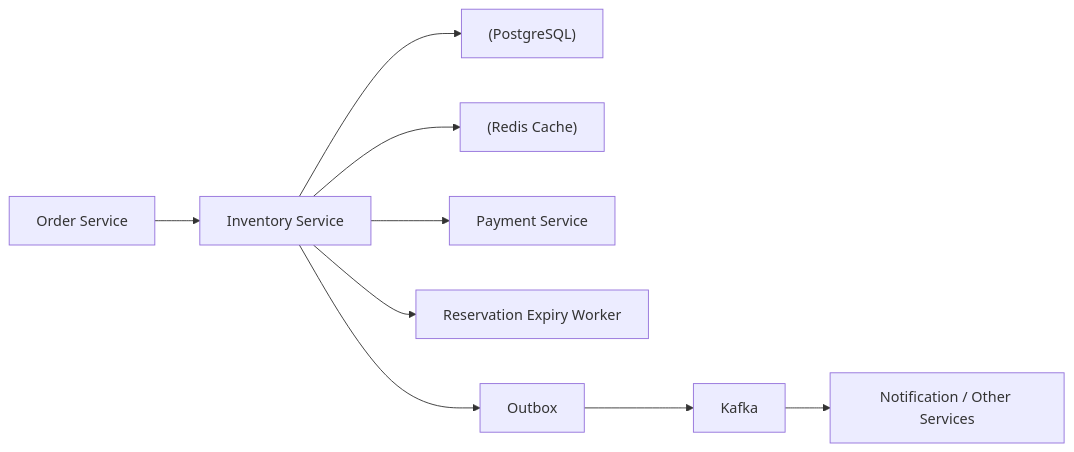
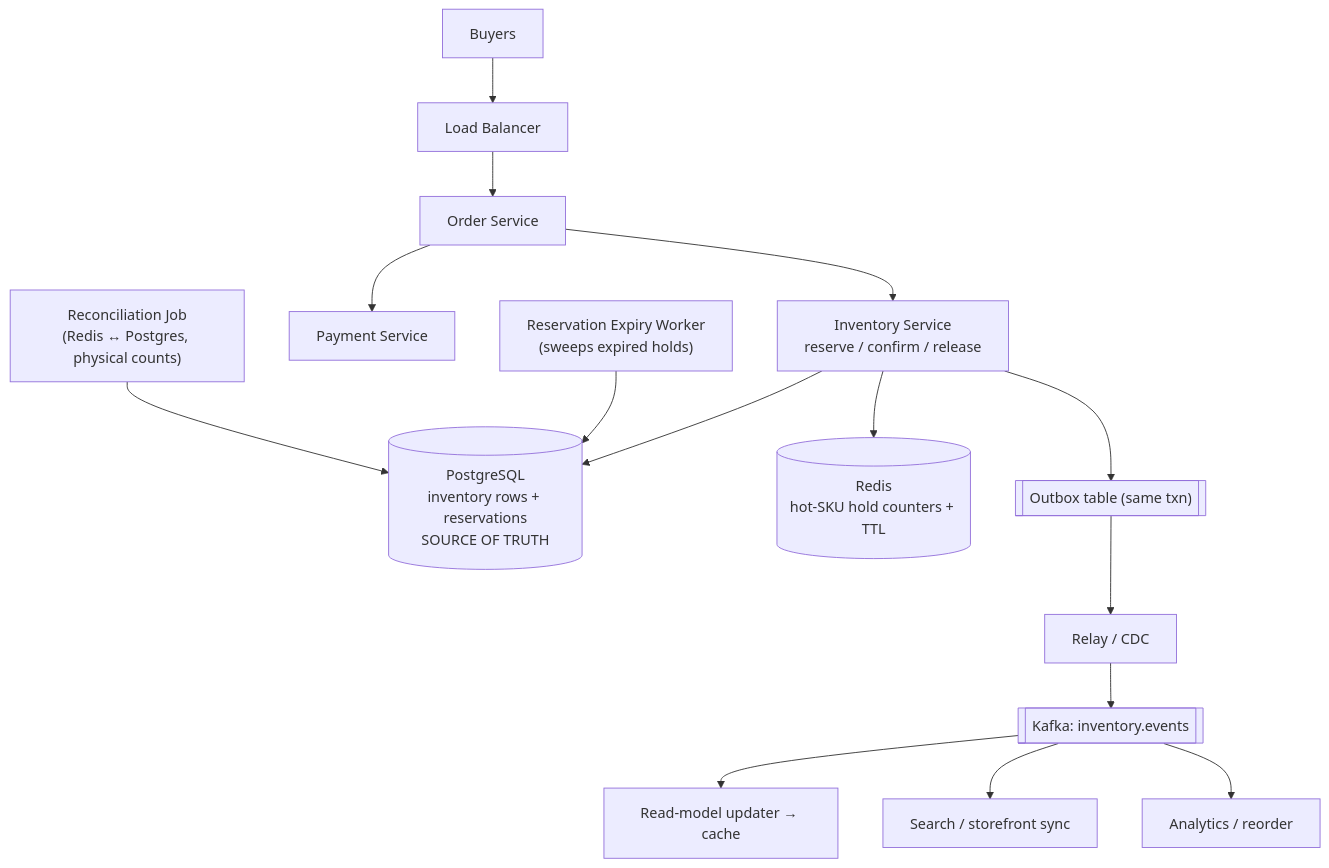
Before and after one commit to pankajThakur1874/studysheet: the second of 8 diagrams in files/07-design-questions/12-inventory-management.md, drawn with Mermaid. The commit also changed other lines of this file and 5 other files, not shown here.

````diff
--- a/files/07-design-questions/12-inventory-management.md
+++ b/files/07-design-questions/12-inventory-management.md
@@ -67,11 +203,18 @@
 ```mermaid
-flowchart LR
-    O[Order Service] --> I[Inventory Service]
-    I --> D["(PostgreSQL)"]
-    I --> R["(Redis Cache)"]
-    I --> P[Payment Service]
-    I --> X[Reservation Expiry Worker]
-    I --> OB[Outbox]
-    OB --> K[Kafka]
-    K --> N["Notification / Other Services"]
+flowchart TD
+    C[Buyers] --> LB[Load Balancer]
+    LB --> ORD[Order Service]
+    ORD --> INV["Inventory Service<br/>reserve / confirm / release"]
+    INV --> PG[("PostgreSQL<br/>inventory rows + reservations<br/>SOURCE OF TRUTH")]
+    INV --> RH[("Redis<br/>hot-SKU hold counters + TTL")]
+    ORD --> PAY[Payment Service]
+
+    INV --> OB[["Outbox table (same txn)"]]
+    OB --> REL["Relay / CDC"] --> K[["Kafka: inventory.events"]]
+    K --> RM["Read-model updater → cache"]
+    K --> SRCH["Search / storefront sync"]
+    K --> ANALYTICS["Analytics / reorder"]
+
+    EXP["Reservation Expiry Worker<br/>(sweeps expired holds)"] --> PG
+    RECON["Reconciliation Job<br/>(Redis ↔ Postgres, physical counts)"] --> PG
 ```
````
